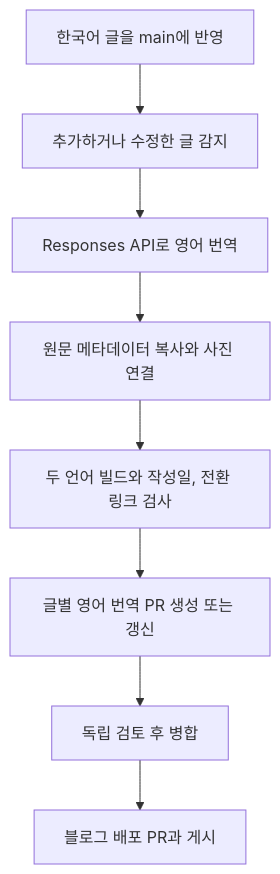
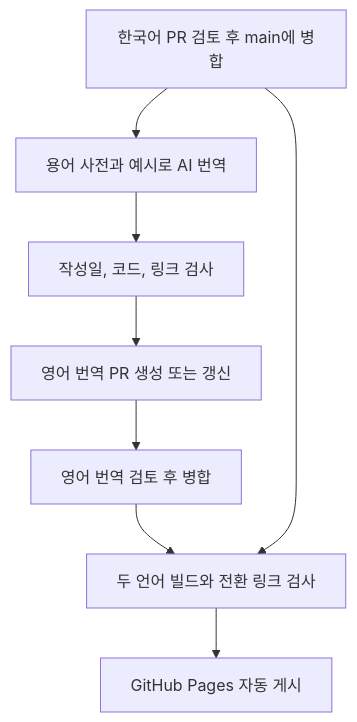
One commit to HyoYoonNam/HyoYoonNam.github.io changed the diagram in README.md. Above: the diagram before and after it, drawn with Mermaid. The commit also changed other lines of this file and 4 other files, not shown here.

````diff
--- a/README.md
+++ b/README.md
@@ -25,10 +25,10 @@
 ```mermaid
 flowchart TD
-    A[한국어 글을 main에 반영] --> B[추가하거나 수정한 글 감지]
-    B --> C[Responses API로 영어 번역]
-    C --> D[원문 메타데이터 복사와 사진 연결]
-    D --> E[두 언어 빌드와 작성일, 전환 링크 검사]
-    E --> F[글별 영어 번역 PR 생성 또는 갱신]
-    F --> G[독립 검토 후 병합]
-    G --> H[블로그 배포 PR과 게시]
+    A[한국어 PR 검토 후 main에 병합] --> B[용어 사전과 예시로 AI 번역]
+    B --> C[작성일, 코드, 링크 검사]
+    C --> D[영어 번역 PR 생성 또는 갱신]
+    D --> E[영어 번역 검토 후 병합]
+    E --> F[두 언어 빌드와 전환 링크 검사]
+    A --> F
+    F --> G[GitHub Pages 자동 게시]
 ```
````
